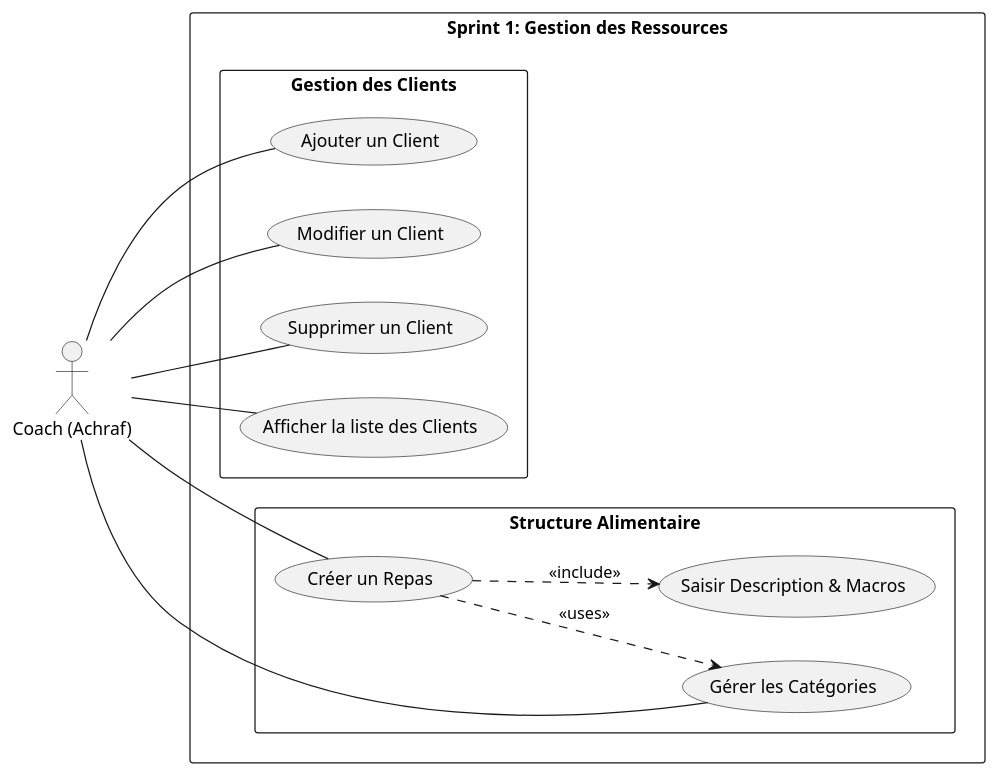
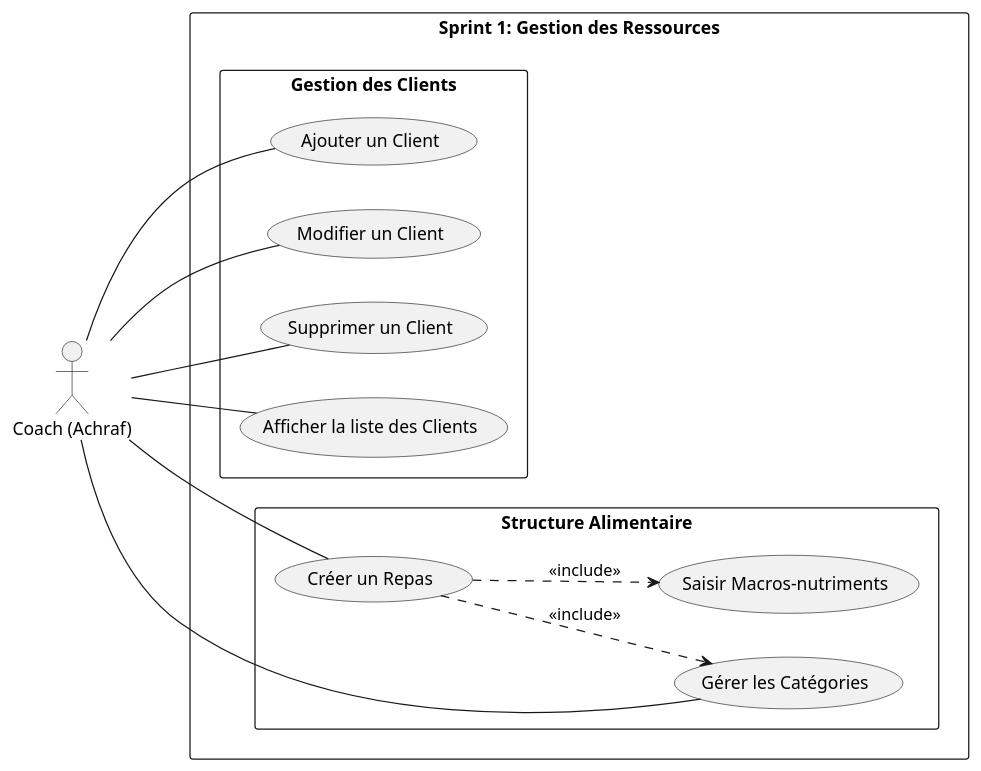
The diagram in Analyse/usecase-diagramme/use-case-sprint1.plantuml (BenTaleb-Mehdi/Project-PFE), drawn with PlantUML before and after one commit. The commit also changed 11 other files, not shown here.

```diff
--- a/Analyse/usecase-diagramme/use-case-sprint1.plantuml
+++ b/Analyse/usecase-diagramme/use-case-sprint1.plantuml
@@ -1,33 +1,33 @@
 @startuml
 left to right direction
 skinparam packageStyle rectangle
+skinparam shadowing false
 
 actor "Coach (Achraf)" as Coach
 
 rectangle "Sprint 1: Gestion des Ressources" {
   
   package "Gestion des Clients" {
     (Ajouter un Client) as (AddC)
     (Modifier un Client) as (EditC)
     (Supprimer un Client) as (DelC)
     (Afficher la liste des Clients) as (ListC)
   }
   
   package "Structure Alimentaire" {
     (Gérer les Catégories) as (Cat)
     (Créer un Repas) as (AddM)
-    (Saisir Description & Macros) as (Macro)
+    (Saisir Macros-nutriments) as (Macro)
     
     (AddM) ..> (Macro) : <<include>>
-    (AddM) ..> (Cat) : <<uses>>
+    (AddM) ..> (Cat) : <<include>>
   }
 
   Coach -- (AddC)
   Coach -- (EditC)
   Coach -- (DelC)
   Coach -- (ListC)
-  
   Coach -- (Cat)
   Coach -- (AddM)
 }
 @enduml
```
